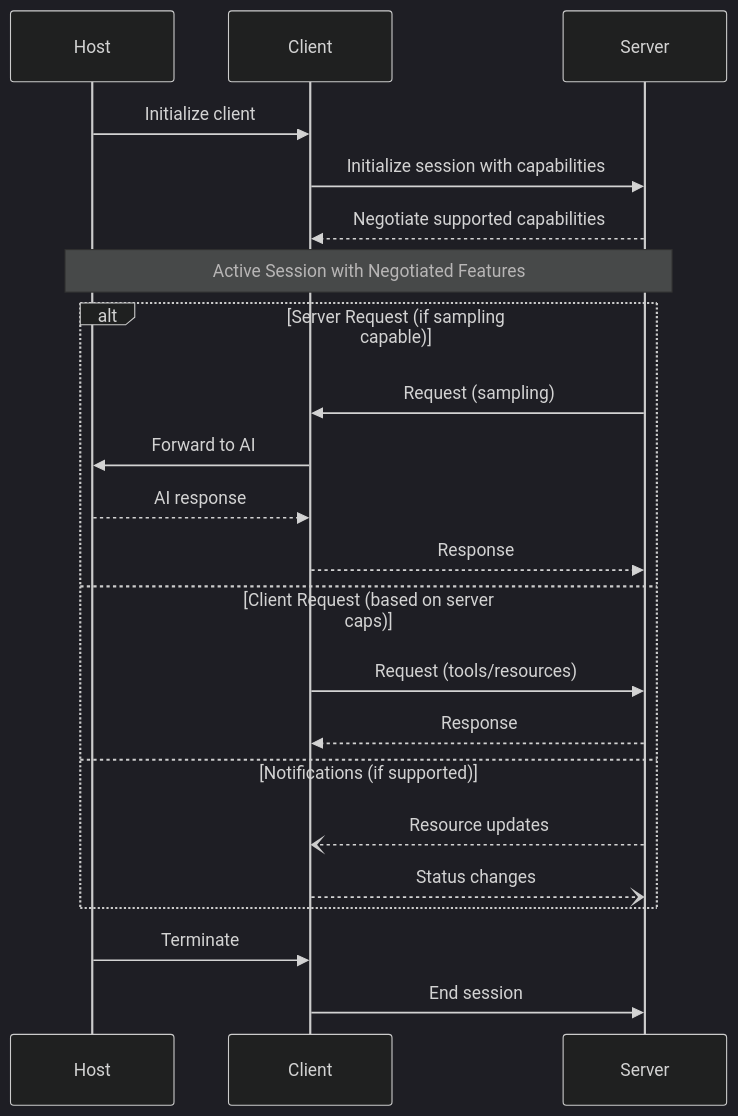
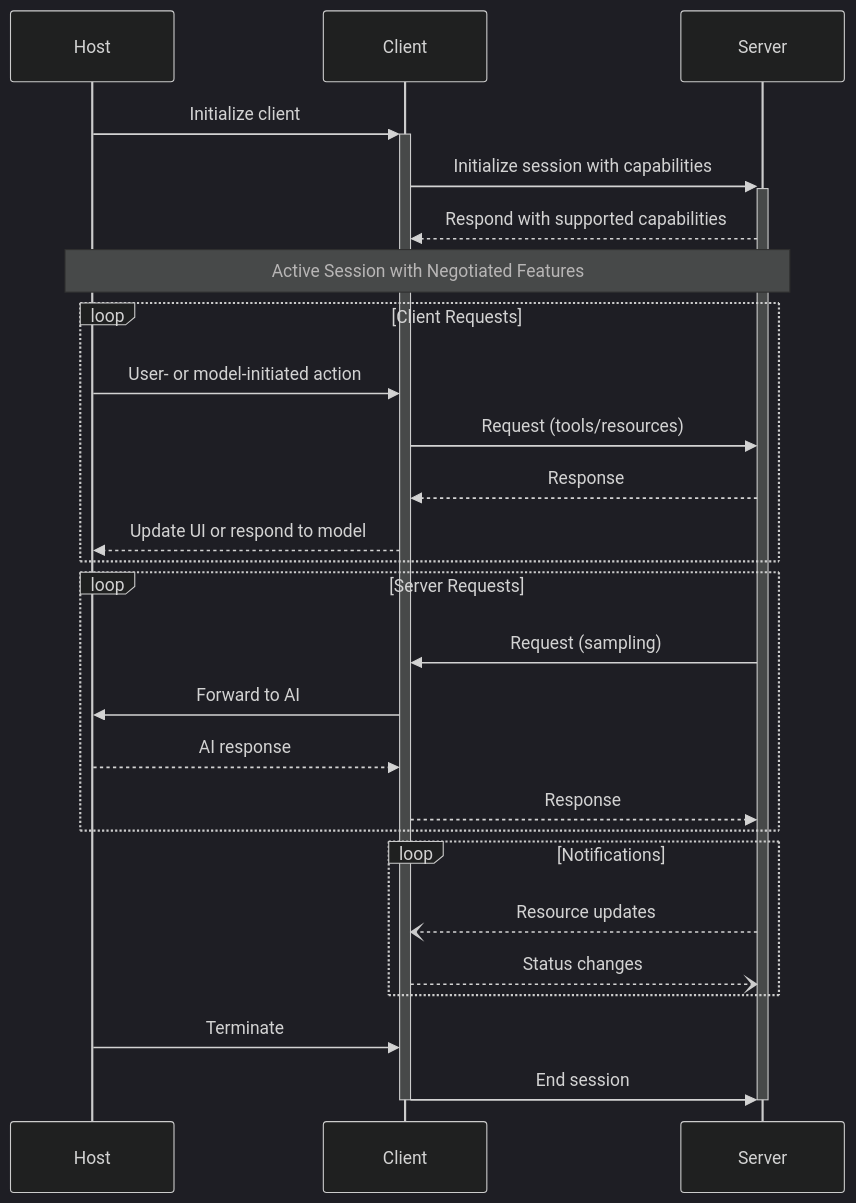
The second of 2 diagrams in docs/specification/architecture/_index.md (zcstarr/modelcontextprotocol), drawn with Mermaid (dark theme) before and after one commit. The commit also changed other lines of this file, not shown here.

Commit message:
Update architecture page

````diff
--- a/docs/specification/architecture/_index.md
+++ b/docs/specification/architecture/_index.md
@@ -74,28 +88,35 @@
 ```mermaid
 sequenceDiagram
     participant Host
     participant Client
     participant Server
 
-    Host->>Client: Initialize client
-    Client->>Server: Initialize session with capabilities
-    Server-->>Client: Negotiate supported capabilities
+    Host->>+Client: Initialize client
+    Client->>+Server: Initialize session with capabilities
+    Server-->>Client: Respond with supported capabilities
 
     Note over Host,Server: Active Session with Negotiated Features
 
-    alt Server Request (if sampling capable)
+    loop Client Requests
+        Host->>Client: User- or model-initiated action
+        Client->>Server: Request (tools/resources)
+        Server-->>Client: Response
+        Client-->>Host: Update UI or respond to model
+    end
+
+    loop Server Requests
         Server->>Client: Request (sampling)
         Client->>Host: Forward to AI
         Host-->>Client: AI response
         Client-->>Server: Response
-    else Client Request (based on server caps)
-        Client->>Server: Request (tools/resources)
-        Server-->>Client: Response
-    else Notifications (if supported)
+    end
+
+    loop Notifications
         Server--)Client: Resource updates
         Client--)Server: Status changes
     end
 
     Host->>Client: Terminate
-    Client->>Server: End session
+    Client->>-Server: End session
+    deactivate Server
 ```
````
